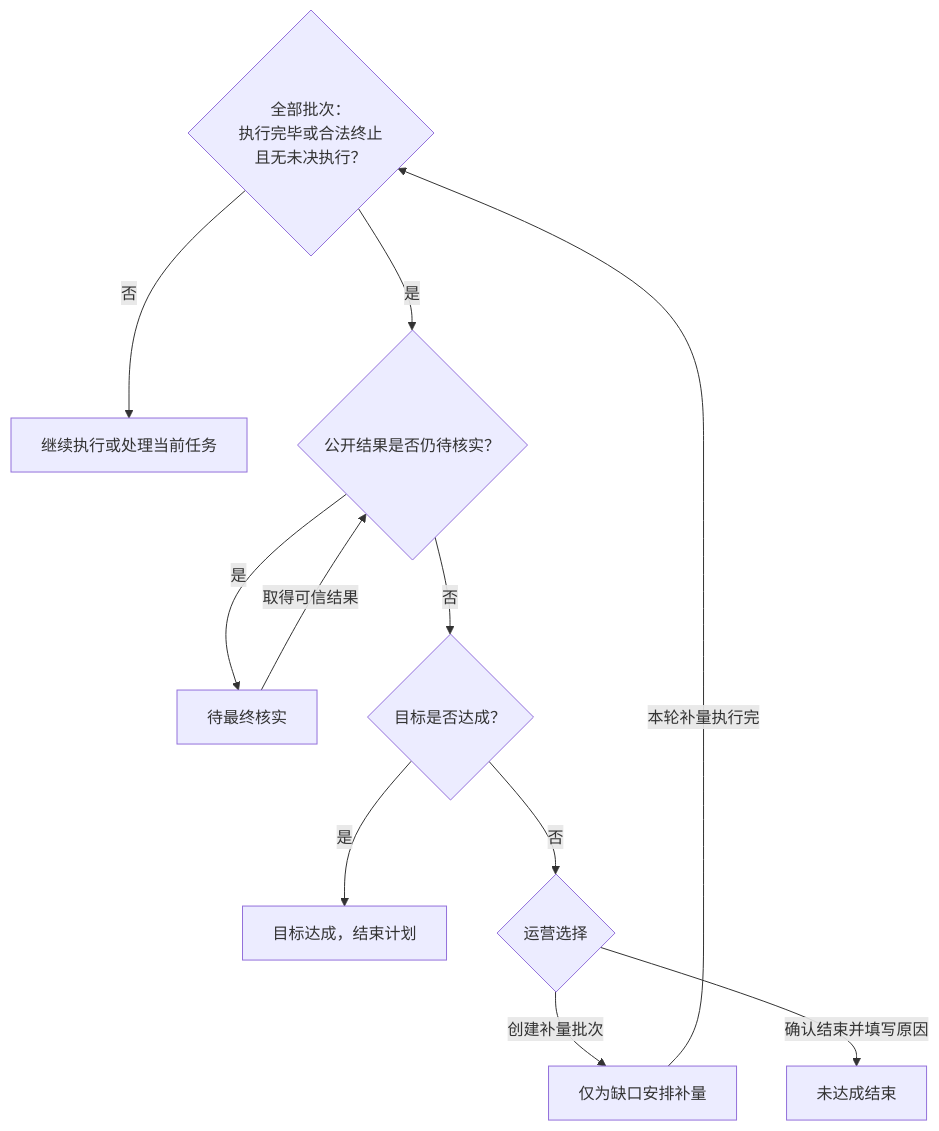
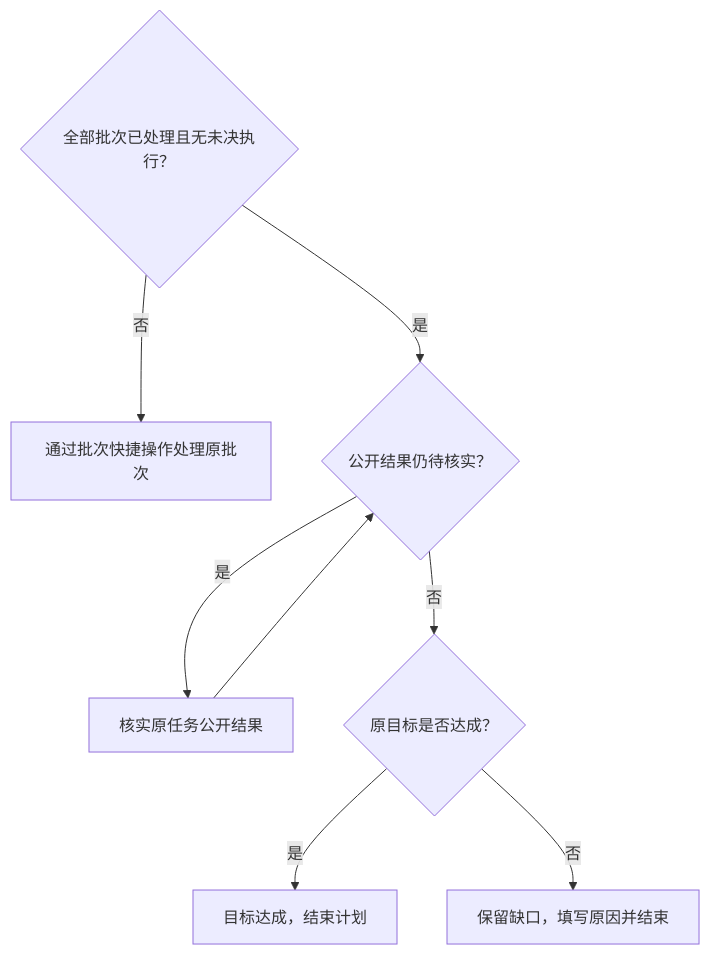
One commit to piqiu96/wt-media-workspace changed the third of 5 diagrams in docs/product/prd/详细文档/第六章_发布管理.md. Above: the diagram before and after it, drawn with Mermaid. The commit also changed other lines of this file and 32 other files, not shown here.

````diff
--- a/docs/product/prd/详细文档/第六章_发布管理.md
+++ b/docs/product/prd/详细文档/第六章_发布管理.md
@@ -160,13 +163,10 @@
 ```mermaid
 flowchart TD
-    R{全部批次：<br/>执行完毕或合法终止<br/>且无未决执行？} -->|否| H[继续执行或处理当前任务]
-    R -->|是| V{公开结果是否仍待核实？}
-    V -->|是| W[待最终核实]
-    W -->|取得可信结果| V
-    V -->|否| G{目标是否达成？}
+    R{全部批次已处理且无未决执行？} -->|否| H[通过批次快捷操作处理原批次]
+    R -->|是| V{公开结果仍待核实？}
+    V -->|是| W[核实原任务公开结果]
+    W --> V
+    V -->|否| G{原目标是否达成？}
     G -->|是| D[目标达成，结束计划]
-    G -->|否| O{运营选择}
-    O -->|创建补量批次| B[仅为缺口安排补量]
-    B -->|本轮补量执行完| R
-    O -->|确认结束并填写原因| E[未达成结束]
+    G -->|否| E[保留缺口，填写原因并结束]
 ```
````
